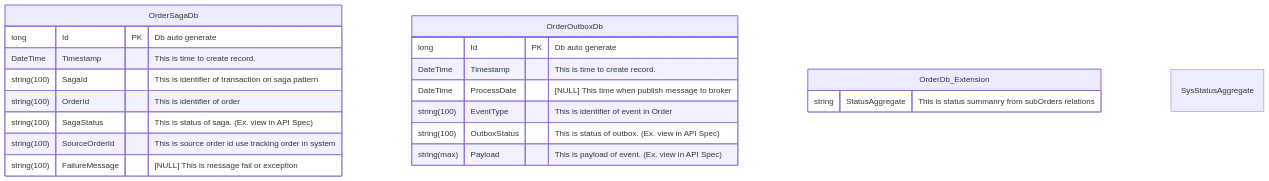
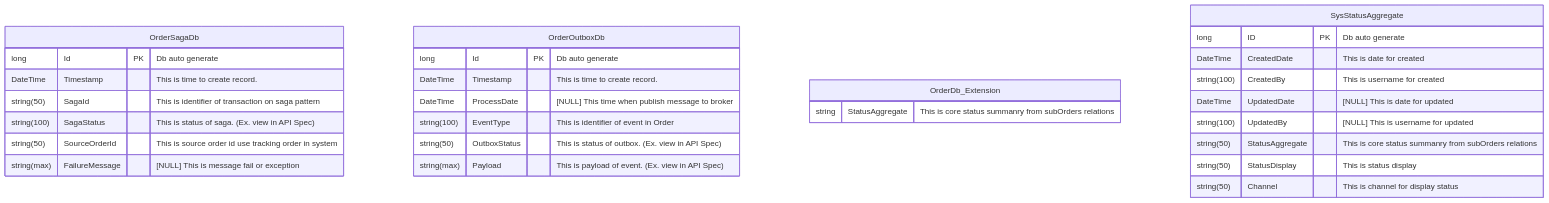
The diagram in SPC/Order/OrderStatus/ER-Diagram.md (rosered11/org_document), drawn with Mermaid before and after one commit. The commit also changed 3 other files, not shown here.

Commit message:
update order status

````diff
--- a/SPC/Order/OrderStatus/ER-Diagram.md
+++ b/SPC/Order/OrderStatus/ER-Diagram.md
@@ -1,26 +1,32 @@
 ```mermaid
 erDiagram
     OrderSagaDb {
         long Id PK "Db auto generate"
         DateTime Timestamp "This is time to create record."
-        string(100) SagaId "This is identifier of transaction on saga pattern"
-        string(100) OrderId "This is identifier of order"
+        string(50) SagaId "This is identifier of transaction on saga pattern"
         string(100) SagaStatus "This is status of saga. (Ex. view in API Spec)"
-        string(100) SourceOrderId "This is source order id use tracking order in system"
-        string(100) FailureMessage "[NULL] This is message fail or exception"
+        string(50) SourceOrderId "This is source order id use tracking order in system"
+        string(max) FailureMessage "[NULL] This is message fail or exception"
     }
     OrderOutboxDb {
         long Id PK "Db auto generate"
         DateTime Timestamp "This is time to create record."
         DateTime ProcessDate "[NULL] This time when publish message to broker"
         string(100) EventType "This is identifier of event in Order"
-        string(100) OutboxStatus "This is status of outbox. (Ex. view in API Spec)"
+        string(50) OutboxStatus "This is status of outbox. (Ex. view in API Spec)"
         string(max) Payload "This is payload of event. (Ex. view in API Spec)"
     }
     OrderDb_Extension {
-        string StatusAggregate "This is status summanry from subOrders relations"
+        string StatusAggregate "This is core status summanry from subOrders relations"
     }
     SysStatusAggregate {
-        
+        long ID PK "Db auto generate"
+        DateTime CreatedDate "This is date for created"
+        string(100) CreatedBy "This is username for created"
+        DateTime UpdatedDate "[NULL] This is date for updated"
+        string(100) UpdatedBy "[NULL] This is username for updated"
+        string(50) StatusAggregate "This is core status summanry from subOrders relations"
+        string(50) StatusDisplay "This is status display"
+        string(50) Channel "This is channel for display status"
     }
 ```
````
